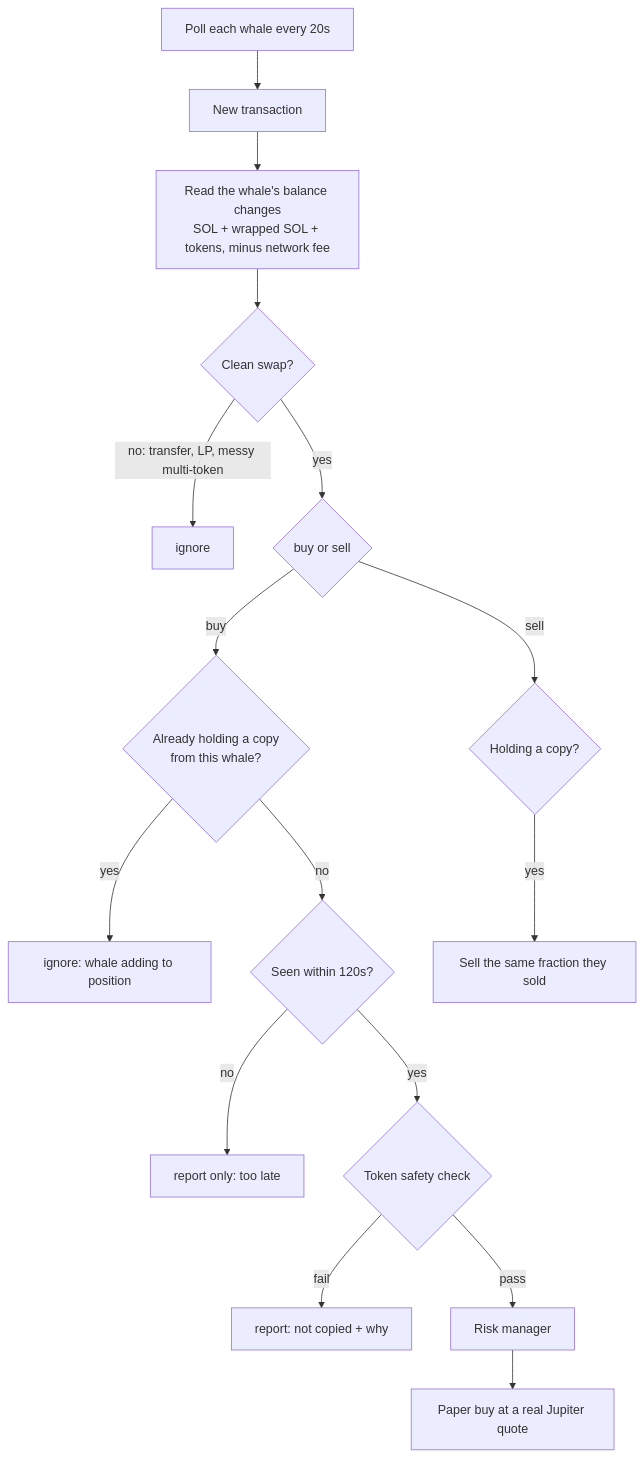
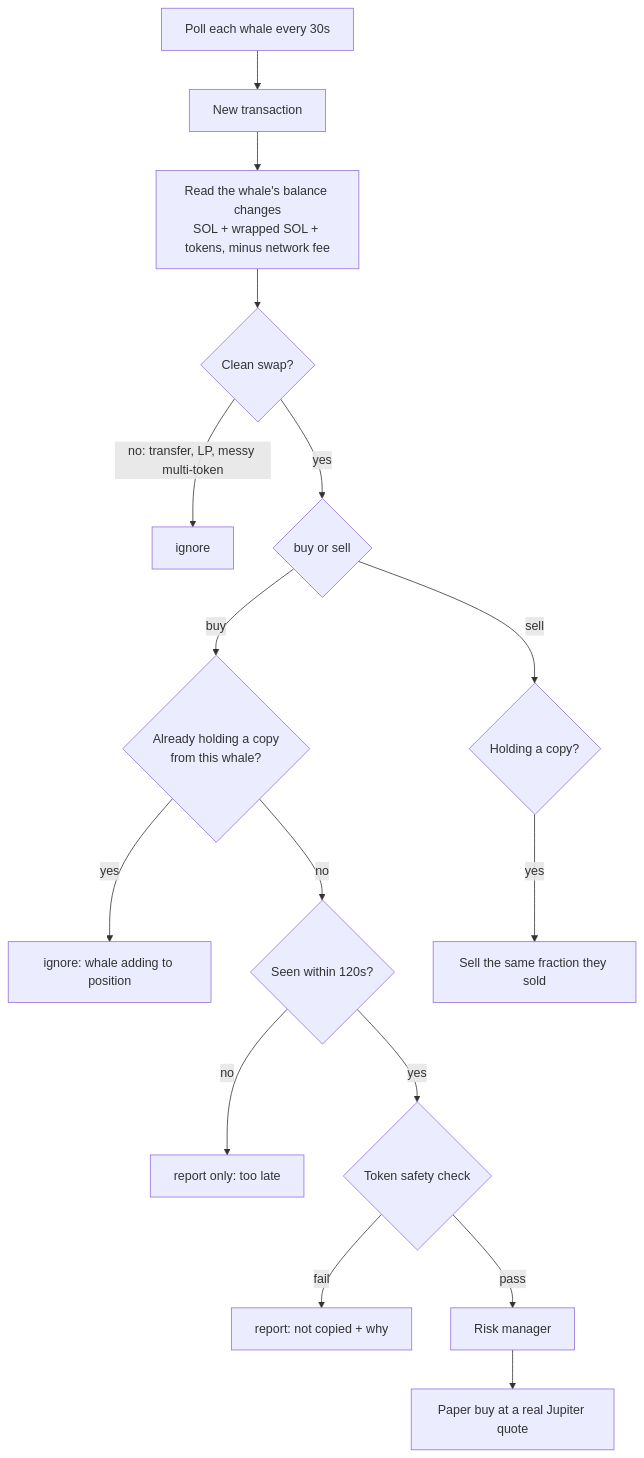
Before and after one commit to CecuTheMag/Buttonwood: the first of 2 diagrams in docs/whale-following.md, drawn with Mermaid. The commit also changed other lines of this file and 16 other files, not shown here.

````diff
--- a/docs/whale-following.md
+++ b/docs/whale-following.md
@@ -9,17 +9,17 @@
 ```mermaid
 flowchart TB
-    P[Poll each whale every 20s] --> T[New transaction]
+    P[Poll each whale every 30s] --> T[New transaction]
     T --> D[Read the whale's balance changes<br/>SOL + wrapped SOL + tokens, minus network fee]
     D --> C{Clean swap?}
     C -- no: transfer, LP, messy multi-token --> I[ignore]
     C -- yes --> S{buy or sell}
     S -- buy --> B1{Already holding a copy<br/>from this whale?}
     B1 -- yes --> I2[ignore: whale adding to position]
     B1 -- no --> B2{Seen within 120s?}
     B2 -- no --> R[report only: too late]
     B2 -- yes --> V{Token safety check}
     V -- fail --> R2[report: not copied + why]
     V -- pass --> RM[Risk manager] --> F[Paper buy at a real Jupiter quote]
     S -- sell --> H{Holding a copy?}
     H -- yes --> SELL[Sell the same fraction they sold]
 ```
````
